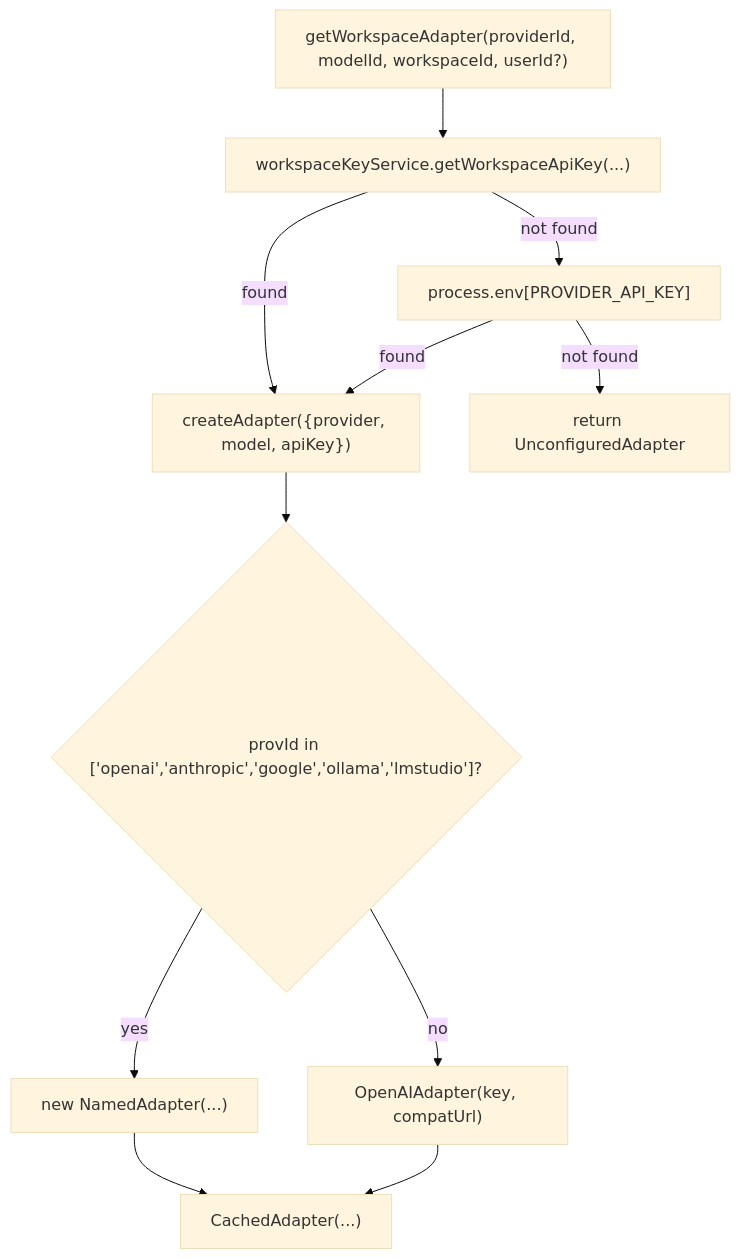
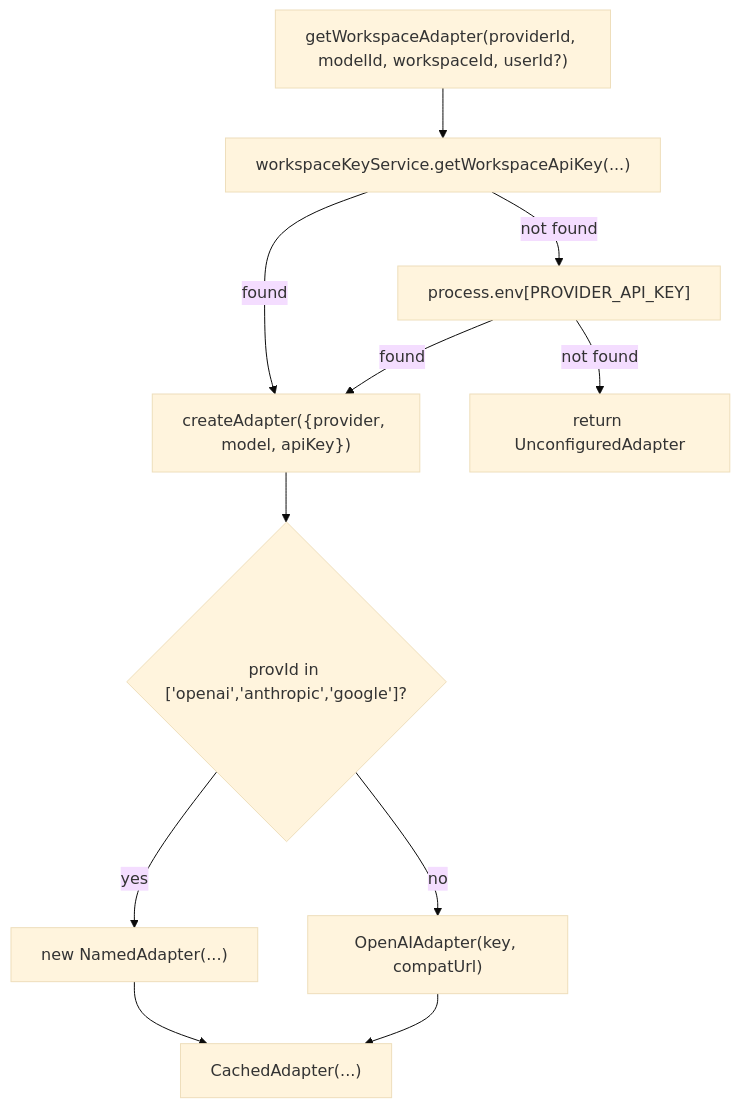
The seventh of 10 diagrams in .qoder/repowiki/en/content/AI Generation Engine/AI Provider Adapters/AI Provider Adapters.md (shekhargiri005-dotcom/AI-powered-accessibility-first-UI-engine), drawn with Mermaid (base theme) before and after one commit. The commit also changed other lines of this file and 7 other files, not shown here.

````diff
--- a/.qoder/repowiki/en/content/AI Generation Engine/AI Provider Adapters/AI Provider Adapters.md
+++ b/.qoder/repowiki/en/content/AI Generation Engine/AI Provider Adapters/AI Provider Adapters.md
@@ -316,13 +289,13 @@
 ```mermaid
 flowchart TD
 A["getWorkspaceAdapter(providerId, modelId, workspaceId, userId?)"] --> B["workspaceKeyService.getWorkspaceApiKey(...)"]
 B --> |found| C["createAdapter({provider, model, apiKey})"]
 B --> |not found| D["process.env[PROVIDER_API_KEY]"]
 D --> |found| C
 D --> |not found| E["return UnconfiguredAdapter"]
-C --> F{"provId in ['openai','anthropic','google','ollama','lmstudio']?"}
+C --> F{"provId in ['openai','anthropic','google']?"}
 F --> |yes| G["new NamedAdapter(...)"]
 F --> |no| H["OpenAIAdapter(key, compatUrl)"]
 G --> I["CachedAdapter(...)"]
 H --> I
 ```
````
